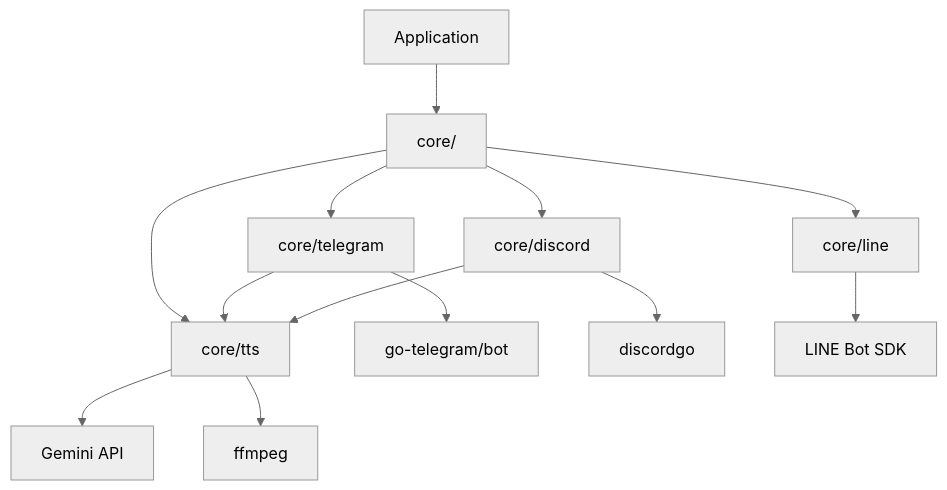
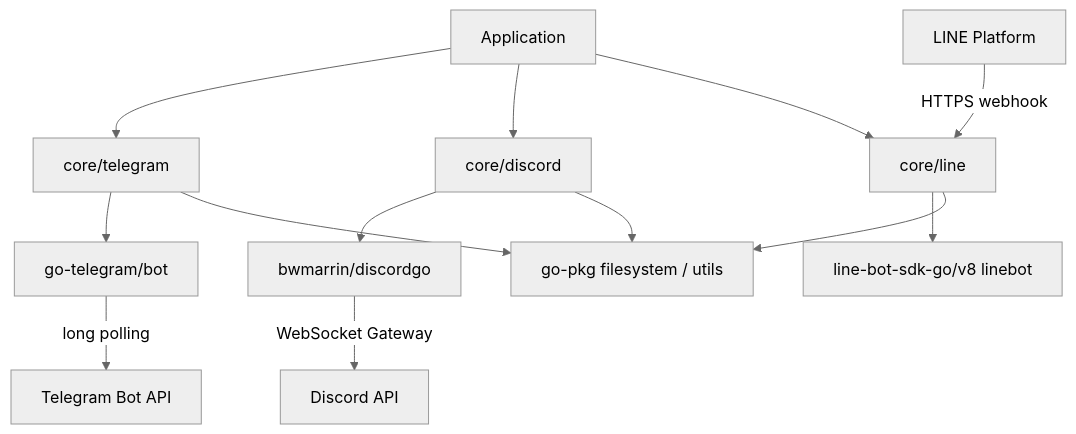
One commit to pardnchiu/go-bot changed the first of 7 diagrams in doc/architecture.md. Above: the diagram before and after it, drawn with Mermaid (neutral theme). The commit also changed other lines of this file and 5 other files, not shown here.

````diff
--- a/doc/architecture.md
+++ b/doc/architecture.md
@@ -9,15 +11,15 @@
 ```mermaid
 graph TB
-    Client[Application] --> Core[core/]
-    Core --> Telegram[core/telegram]
-    Core --> Discord[core/discord]
-    Core --> Line[core/line]
-    Core --> TTS[core/tts]
-    Telegram --> TGSDK[go-telegram/bot]
-    Discord --> DGSDK[discordgo]
-    Line --> LNSDK[LINE Bot SDK]
-    Telegram --> TTS
-    Discord --> TTS
-    TTS --> Gemini[Gemini API]
-    TTS --> FFmpeg[ffmpeg]
+    App[Application] --> TG[core/telegram]
+    App --> DC[core/discord]
+    App --> LN[core/line]
+    TG --> TGSDK[go-telegram/bot]
+    DC --> DGSDK[bwmarrin/discordgo]
+    LN --> LNSDK[line-bot-sdk-go/v8 linebot]
+    TG --> PKG[go-pkg filesystem / utils]
+    DC --> PKG
+    LN --> PKG
+    TGSDK -->|long polling| TelegramAPI[Telegram Bot API]
+    DGSDK -->|WebSocket Gateway| DiscordAPI[Discord API]
+    LineAPI[LINE Platform] -->|HTTPS webhook| LN
 ```
````
